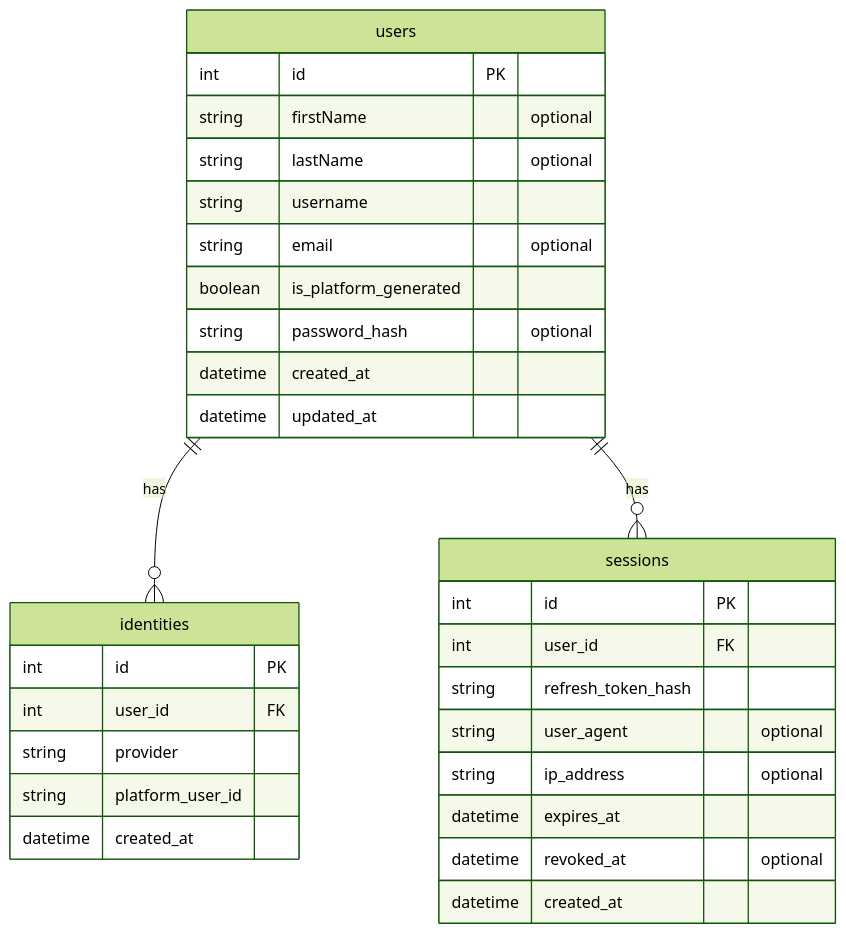
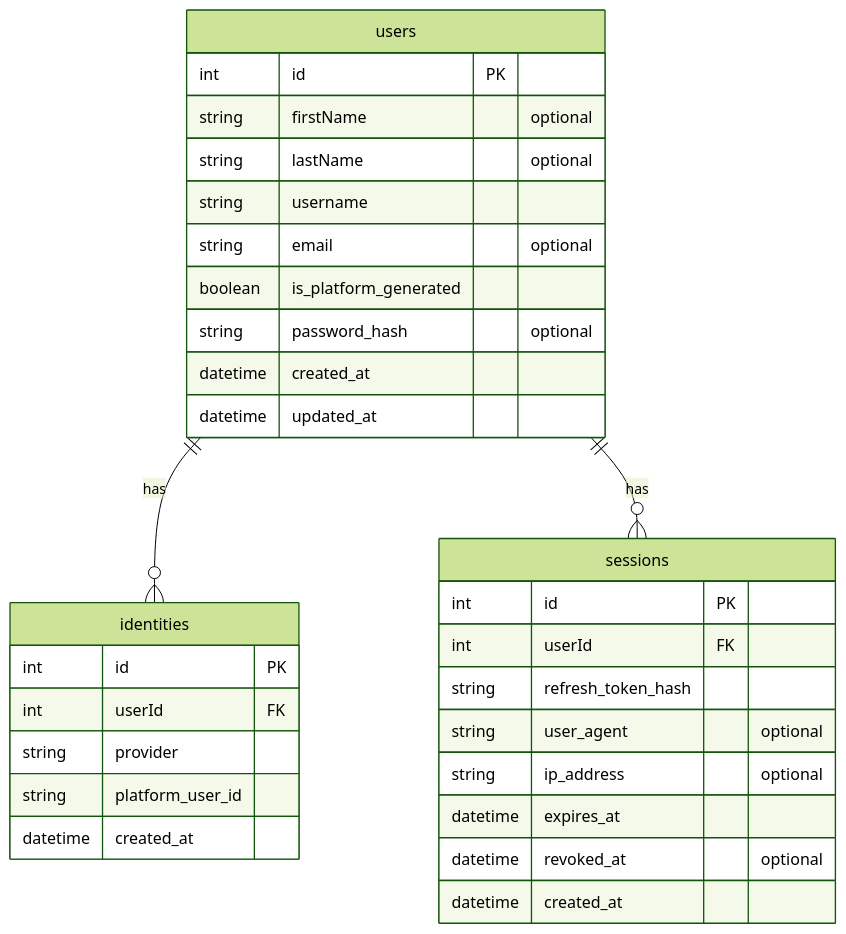
Before and after one commit to MilSoltani/ticketbasics: the second of 2 diagrams in docs/database.md, drawn with Mermaid (forest theme). The commit also changed 12 other files, not shown here.

````diff
--- a/docs/database.md
+++ b/docs/database.md
@@ -27,36 +27,36 @@
 ```mermaid
 erDiagram
     users {
         int id PK
         string firstName "optional"
         string lastName "optional"
         string username
         string email "optional"
         boolean is_platform_generated
         string password_hash "optional"
         datetime created_at
         datetime updated_at
     }
 
     identities {
         int id PK
-        int user_id FK
+        int userId FK
         string provider
         string platform_user_id
         datetime created_at
     }
 
     sessions {
         int id PK
-        int user_id FK
+        int userId FK
         string refresh_token_hash
         string user_agent "optional"
         string ip_address "optional"
         datetime expires_at
         datetime revoked_at "optional"
         datetime created_at
     }
 
     users ||--o{ identities : has
     users ||--o{ sessions : has
 ```
````
